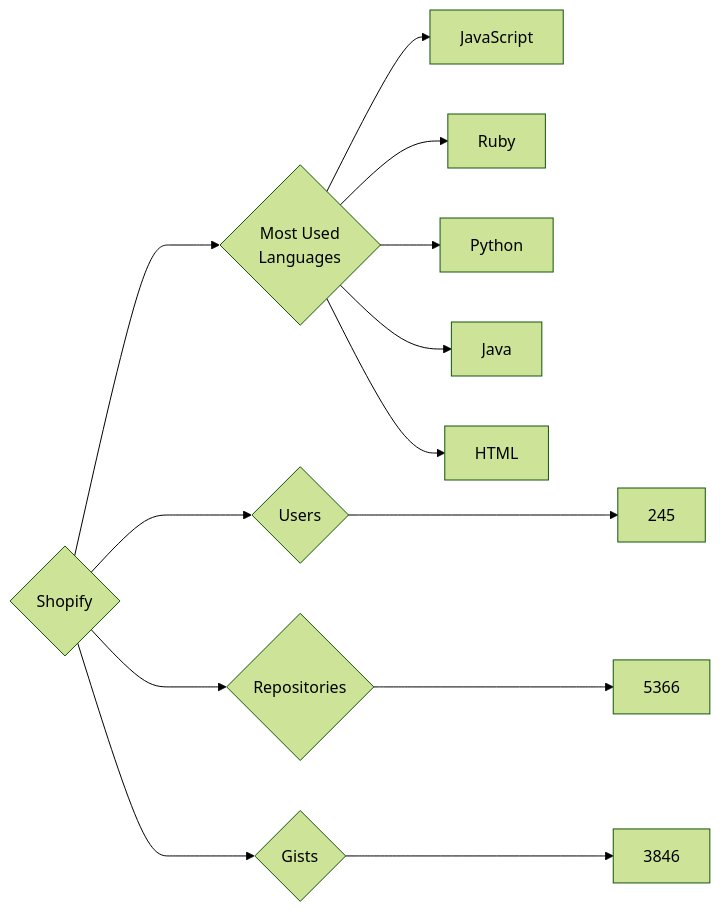
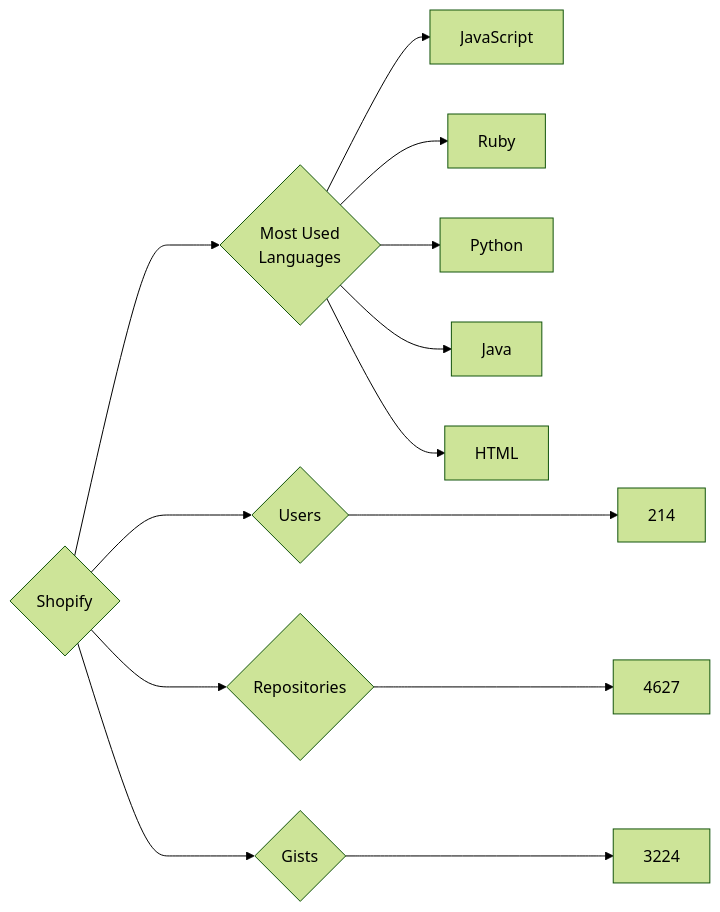
The diagram in targets/Shopify/README.md (trickest/insiders), drawn with Mermaid (forest theme) before and after one commit. The commit also changed 677 other files, not shown here.

````diff
--- a/targets/Shopify/README.md
+++ b/targets/Shopify/README.md
@@ -3,13 +3,13 @@
 ```mermaid
 graph LR
 COMPANY_NAME{Shopify}
-COMPANY_NAME ---> U{Users} ---> UN[245]
-COMPANY_NAME ---> R{Repositories} ---> RN[5366]
-COMPANY_NAME ---> G{Gists} ---> GN[3846]
+COMPANY_NAME ---> U{Users} ---> UN[214]
+COMPANY_NAME ---> R{Repositories} ---> RN[4627]
+COMPANY_NAME ---> G{Gists} ---> GN[3224]
 COMPANY_NAME ---> ML{Most Used<br>Languages}
 ML --> JavaScript[JavaScript]
 ML --> Ruby[Ruby]
 ML --> Python[Python]
 ML --> Java[Java]
 ML --> HTML[HTML]
 ```
````
